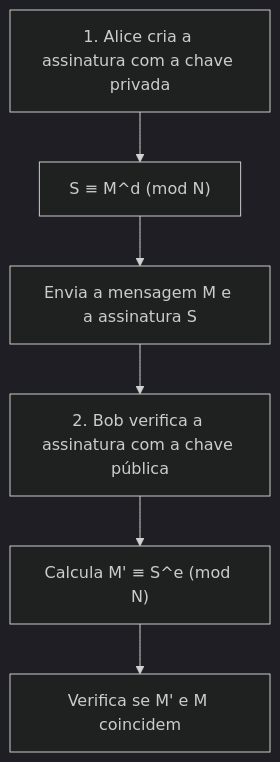
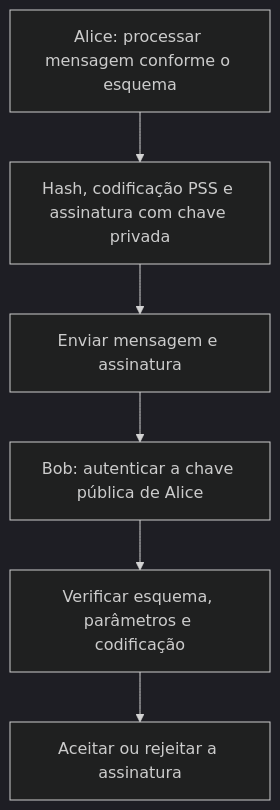
The third of 3 diagrams in content/post/rsa暗号の仕組みを高校生でもわかるように説明する/index.pt.md (kenjinote/blog), drawn with Mermaid (dark theme) before and after one commit. The commit also changed other lines of this file and 5 other files, not shown here.

````diff
--- a/content/post/rsa暗号の仕組みを高校生でもわかるように説明する/index.pt.md
+++ b/content/post/rsa暗号の仕組みを高校生でもわかるように説明する/index.pt.md
@@ -291,9 +169,8 @@
 ```mermaid
 flowchart TD
-    A1["1. Alice cria a assinatura com a chave privada"] --> A2["S ≡ M^d (mod N)"]
-    A2 --> A3["Envia a mensagem M e a assinatura S"]
-    
-    A3 --> B1["2. Bob verifica a assinatura com a chave pública"]
-    B1 --> B2["Calcula M' ≡ S^e (mod N)"]
-    B2 --> B3["Verifica se M' e M coincidem"]
+    A1["Alice: processar mensagem conforme o esquema"] --> A2["Hash, codificação PSS e assinatura com chave privada"]
+    A2 --> A3["Enviar mensagem e assinatura"]
+    A3 --> B1["Bob: autenticar a chave pública de Alice"]
+    B1 --> B2["Verificar esquema, parâmetros e codificação"]
+    B2 --> B3["Aceitar ou rejeitar a assinatura"]
 ```
````
